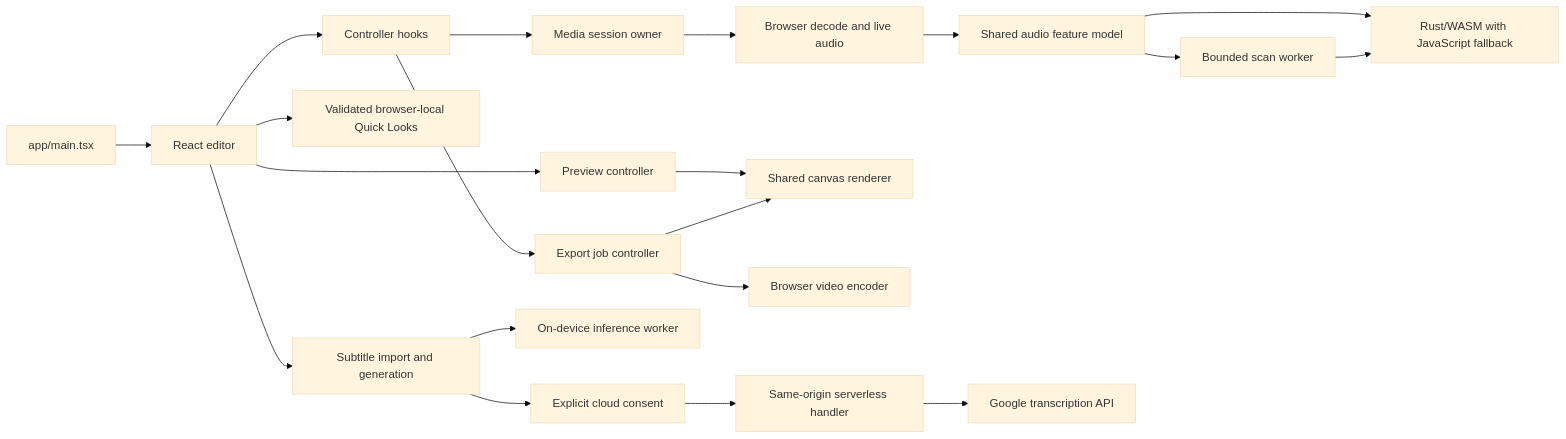
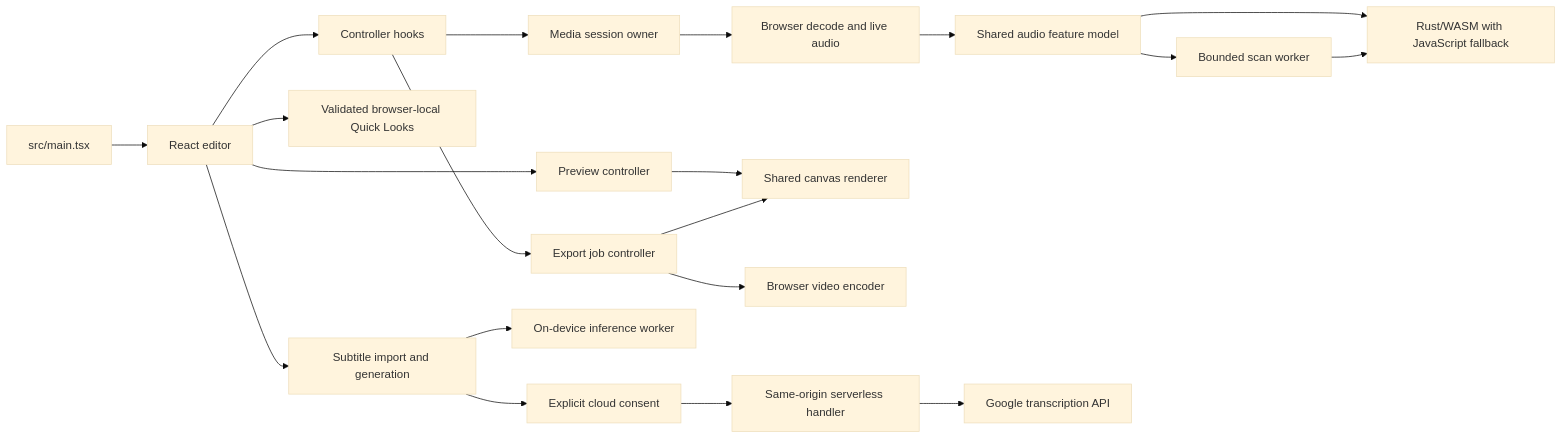
Before and after one commit to ervin-sungkono/pulseframe: the diagram in docs/architecture.md, drawn with Mermaid (base theme). The commit also changed other lines of this file and 207 other files, not shown here.

````diff
--- a/docs/architecture.md
+++ b/docs/architecture.md
@@ -40,22 +39,22 @@
 ```mermaid
 flowchart LR
-  Entry[app/main.tsx] --> Editor[React editor]
+  Entry[src/main.tsx] --> Editor[React editor]
   Editor --> Controllers[Controller hooks]
   Controllers --> Session[Media session owner]
   Session --> Decode[Browser decode and live audio]
   Decode --> Analysis[Shared audio feature model]
   Analysis --> Worker[Bounded scan worker]
   Analysis --> DSP[Rust/WASM with JavaScript fallback]
   Worker --> DSP
   Editor --> Preview[Preview controller]
   Preview --> Renderer[Shared canvas renderer]
   Controllers --> Export[Export job controller]
   Export --> Renderer
   Export --> Encoder[Browser video encoder]
   Editor --> Presets[Validated browser-local Quick Looks]
   Editor --> Subtitles[Subtitle import and generation]
   Subtitles --> Local[On-device inference worker]
   Subtitles --> Consent[Explicit cloud consent]
   Consent --> API[Same-origin serverless handler]
   API --> Google[Google transcription API]
 ```
````
